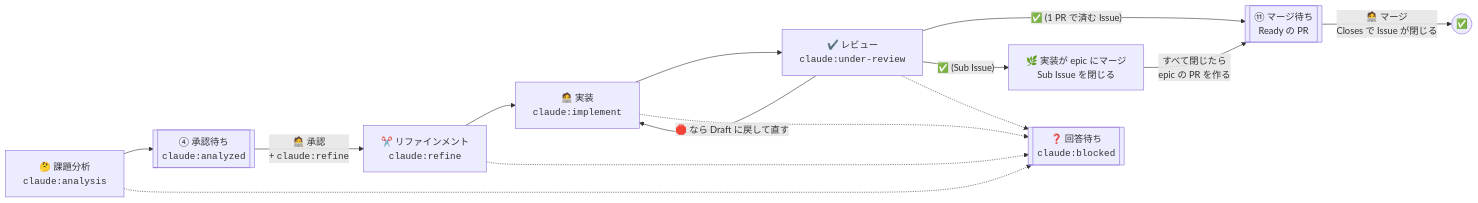
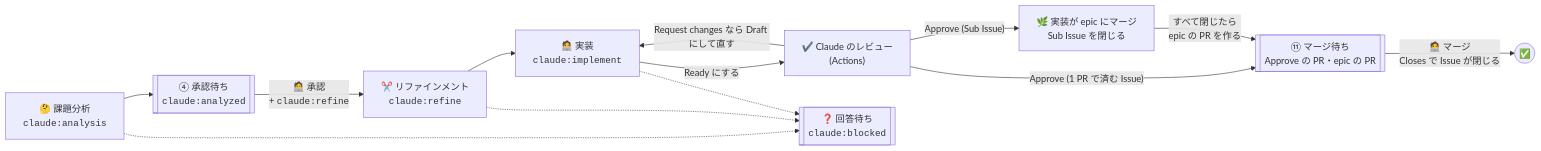
One commit to theindiehacker/fastship-plugin changed the third of 4 diagrams in README.md. Above: the diagram before and after it, drawn with Mermaid. The commit also changed other lines of this file and 12 other files, not shown here.

First line of the commit message:
PR のレビューを Actions の Claude のレビューに移す

````diff
--- a/README.md
+++ b/README.md
@@ -185,12 +193,12 @@
 ```mermaid
 flowchart LR
     analysis["🤔 課題分析<br/><code>claude:analysis</code>"] --> analyzed[["④ 承認待ち<br/><code>claude:analyzed</code>"]]
     analyzed -->|🧑‍💻 承認<br/>+ <code>claude:refine</code>| refine["✂️ リファインメント<br/><code>claude:refine</code>"]
-    refine --> implement["🧑‍💻 実装<br/><code>claude:implement</code>"] --> review["✔️ レビュー<br/><code>claude:under-review</code>"]
-    review -->|"✅ (1 PR で済む Issue)"| merge[["⑪ マージ待ち<br/>Ready の PR"]]
-    review -->|"✅ (Sub Issue)"| epic["🌿 実装が epic にマージ<br/>Sub Issue を閉じる"]
+    refine --> implement["🧑‍💻 実装<br/><code>claude:implement</code>"] -->|Ready にする| review["✔️ Claude のレビュー<br/>(Actions)"]
+    review -->|"Approve (1 PR で済む Issue)"| merge[["⑪ マージ待ち<br/>Approve の PR・epic の PR"]]
+    review -->|"Approve (Sub Issue)"| epic["🌿 実装が epic にマージ<br/>Sub Issue を閉じる"]
     epic -->|"すべて閉じたら<br/>epic の PR を作る"| merge
-    review -->|🛑 なら Draft に戻して直す| implement
+    review -->|Request changes なら Draft にして直す| implement
     merge -->|"🧑‍💻 マージ<br/>Closes で Issue が閉じる"| done(("✅"))
-    analysis & refine & implement & review -.-> blocked[["❓ 回答待ち<br/><code>claude:blocked</code>"]]
+    analysis & refine & implement -.-> blocked[["❓ 回答待ち<br/><code>claude:blocked</code>"]]
 ```
````
